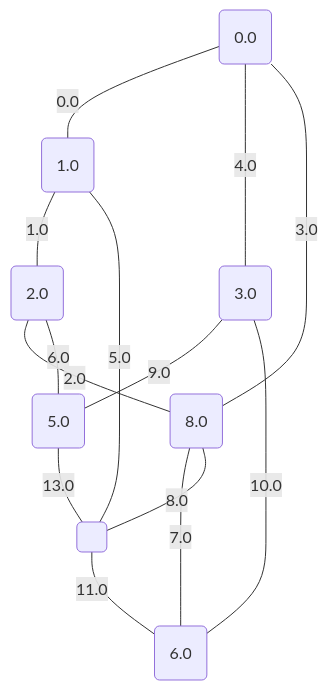
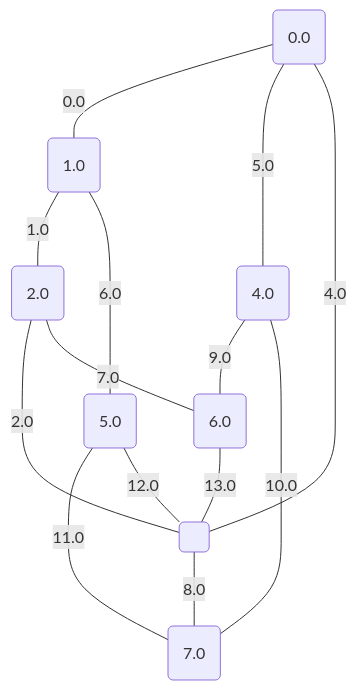
Before and after one commit to metury/graphs: the fifth of 17 diagrams in project/src/testing/minCutPetersen.md, drawn with Mermaid. The commit also changed other lines of this file and 27 other files, not shown here.

````diff
--- a/project/src/testing/minCutPetersen.md
+++ b/project/src/testing/minCutPetersen.md
@@ -135,24 +135,24 @@
 ```mermaid
 graph TD;
 0("0.0");
 1("1.0");
 2("2.0");
-3("3.0");
+3("4.0");
 4("5.0");
 5("6.0");
-6("8.0");
+6("7.0");
 7(" ");
 	0 -- "0.0" --- 1;
 	1 -- "1.0" --- 2;
-	2 -- "2.0" --- 6;
-	6 -- "3.0" --- 0;
-	0 -- "4.0" --- 3;
-	1 -- "5.0" --- 7;
-	2 -- "6.0" --- 4;
-	6 -- "7.0" --- 5;
-	6 -- "8.0" --- 7;
-	3 -- "9.0" --- 4;
-	3 -- "10.0" --- 5;
-	7 -- "11.0" --- 5;
-	4 -- "13.0" --- 7;
+	2 -- "2.0" --- 7;
+	7 -- "4.0" --- 0;
+	0 -- "5.0" --- 3;
+	1 -- "6.0" --- 4;
+	2 -- "7.0" --- 5;
+	7 -- "8.0" --- 6;
+	3 -- "9.0" --- 5;
+	3 -- "10.0" --- 6;
+	4 -- "11.0" --- 6;
+	4 -- "12.0" --- 7;
+	5 -- "13.0" --- 7;
 ```
````
